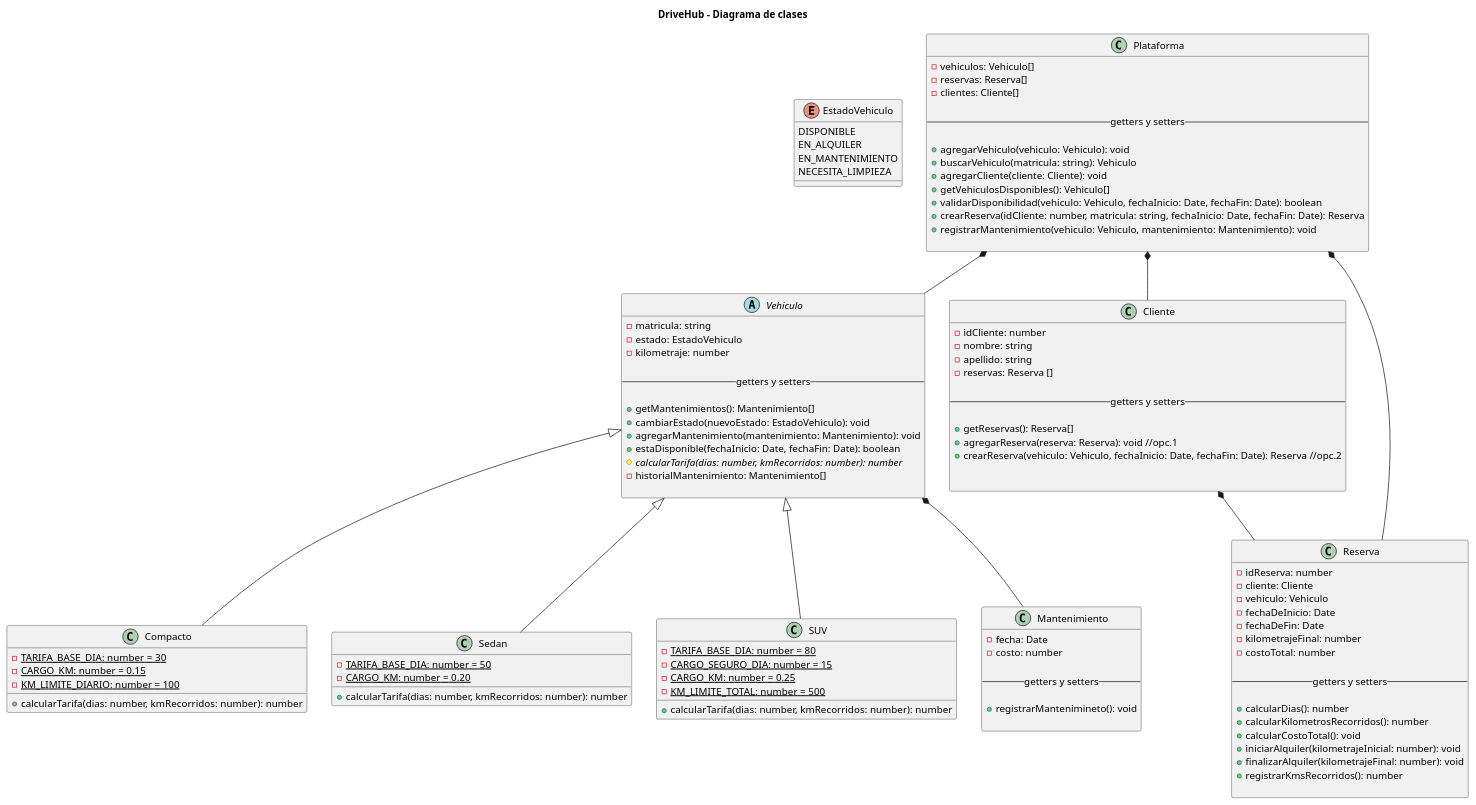
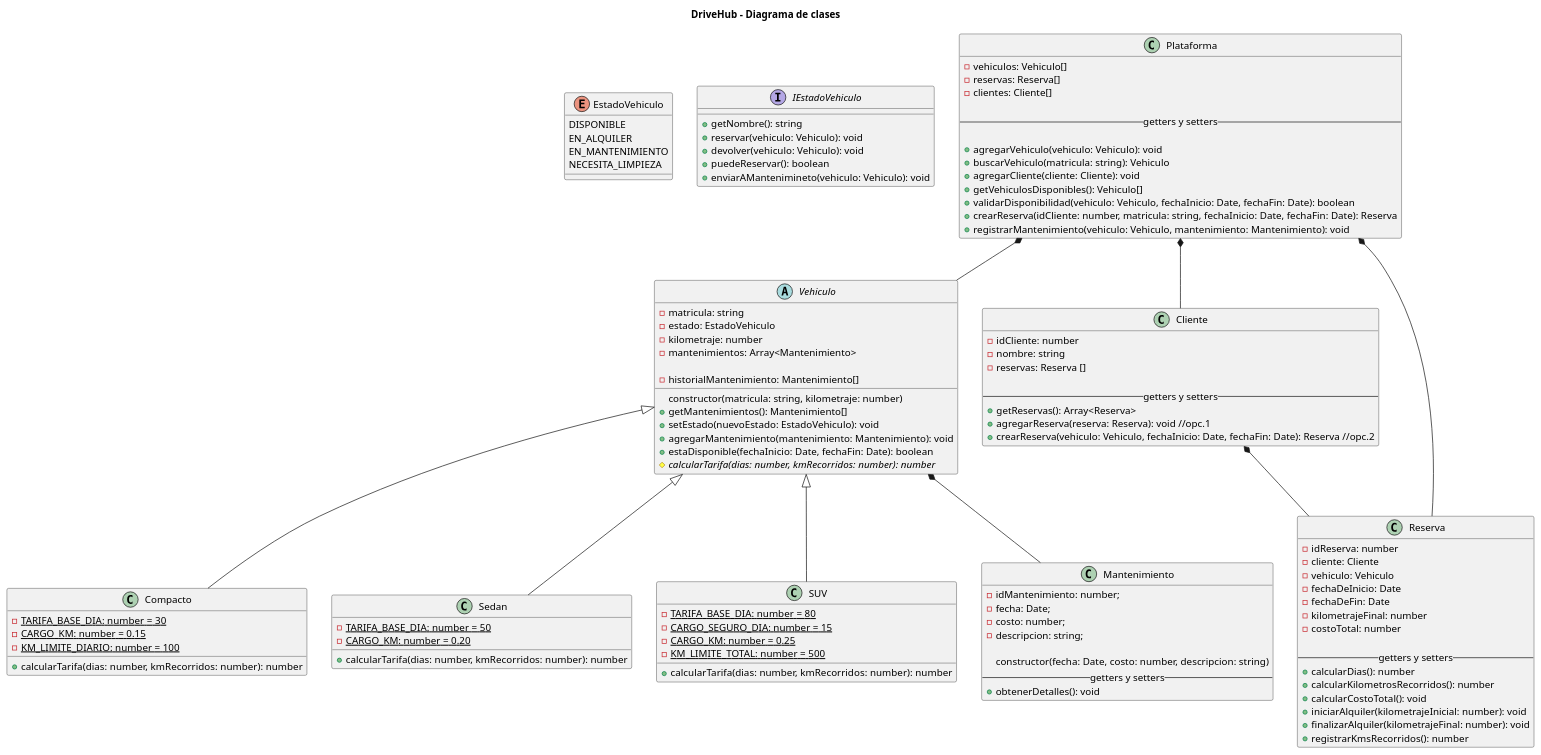
The diagram in diagramas/diagrama.puml (martingustavolopez/PROGRAMACION-II-CUVL), drawn with PlantUML before and after one commit. The commit also changed 4 other files, not shown here.

Commit message:
Cambios generales en codigo y en diagrama

```diff
--- a/diagramas/diagrama.puml
+++ b/diagramas/diagrama.puml
@@ -1,138 +1,138 @@
 @startuml
 
 title DriveHub - Diagrama de clases
 
 ' Enumeracion de estado vehiculo
 enum EstadoVehiculo {
     DISPONIBLE
     EN_ALQUILER
     EN_MANTENIMIENTO
     NECESITA_LIMPIEZA
 }
+' Cambiar el EstadoVehiculo por una interfaz IEstadoVehiculo
+' Y utilizar el PATRÓN DE DISEÑO - STATE
+' Planteo
+interface IEstadoVehiculo {
+    + getNombre(): string
+    + reservar(vehiculo: Vehiculo): void
+    + devolver(vehiculo: Vehiculo): void
+    + puedeReservar(): boolean
+    + enviarAMantenimineto(vehiculo: Vehiculo): void
+}
+' Crear las clases Concretas que implementen IEstadoVehiculo
+' EstadoDisponible : EstadoEnMantenimiento : EstadoEnAlquiler
 
 abstract class Vehiculo {
     - matricula: string
     - estado: EstadoVehiculo
     - kilometraje: number
+    - mantenimientos: Array<Mantenimiento>
     
-    -- getters y setters --
-
+    constructor(matricula: string, kilometraje: number)
     + getMantenimientos(): Mantenimiento[]
-    + cambiarEstado(nuevoEstado: EstadoVehiculo): void
+    + setEstado(nuevoEstado: EstadoVehiculo): void
     + agregarMantenimiento(mantenimiento: Mantenimiento): void
     + estaDisponible(fechaInicio: Date, fechaFin: Date): boolean
     # {abstract} calcularTarifa(dias: number, kmRecorridos: number): number
     - historialMantenimiento: Mantenimiento[]
-    
 }
 
 class Compacto {
     - {static} TARIFA_BASE_DIA: number = 30
     - {static} CARGO_KM: number = 0.15
     - {static} KM_LIMITE_DIARIO: number = 100 
 
     + calcularTarifa(dias: number, kmRecorridos: number): number        
 }
 
 class Sedan {
     - {static} TARIFA_BASE_DIA: number = 50
     - {static} CARGO_KM: number = 0.20
 
     + calcularTarifa(dias: number, kmRecorridos: number): number
 }
 
 
 class SUV {
     - {static} TARIFA_BASE_DIA: number = 80
     - {static} CARGO_SEGURO_DIA: number = 15
     - {static} CARGO_KM: number = 0.25
     - {static} KM_LIMITE_TOTAL: number = 500
 
     + calcularTarifa(dias: number, kmRecorridos: number): number
 }
 
 
 class Cliente {
     - idCliente: number
     - nombre: string
-    - apellido: string
     - reservas: Reserva []
 
     -- getters y setters --
-
-    + getReservas(): Reserva[]
+    + getReservas(): Array<Reserva>
     + agregarReserva(reserva: Reserva): void //opc.1
     + crearReserva(vehiculo: Vehiculo, fechaInicio: Date, fechaFin: Date): Reserva //opc.2
-
-
 }
 
 class Reserva {
     - idReserva: number
     - cliente: Cliente
     - vehiculo: Vehiculo
     - fechaDeInicio: Date
     - fechaDeFin: Date
     - kilometrajeFinal: number
     - costoTotal: number
 
     -- getters y setters --
-
     + calcularDias(): number
     + calcularKilometrosRecorridos(): number
     + calcularCostoTotal(): void
     + iniciarAlquiler(kilometrajeInicial: number): void
     + finalizarAlquiler(kilometrajeFinal: number): void
     + registrarKmsRecorridos(): number
-
 }
 
 class Mantenimiento {
-    - fecha: Date
-    - costo: number
+    - idMantenimiento: number;
+    - fecha: Date;
+    - costo: number;
+    - descripcion: string;
     
+    constructor(fecha: Date, costo: number, descripcion: string)
     -- getters y setters --
-
-    + registrarMantenimineto(): void
-
+    + obtenerDetalles(): void
 }
 
 class Plataforma {
     - vehiculos: Vehiculo[]
     - reservas: Reserva[]
     - clientes: Cliente[]
 
     -- getters y setters --
 
     + agregarVehiculo(vehiculo: Vehiculo): void
     + buscarVehiculo(matricula: string): Vehiculo
     + agregarCliente(cliente: Cliente): void
     + getVehiculosDisponibles(): Vehiculo[]
     + validarDisponibilidad(vehiculo: Vehiculo, fechaInicio: Date, fechaFin: Date): boolean
     + crearReserva(idCliente: number, matricula: string, fechaInicio: Date, fechaFin: Date): Reserva
     + registrarMantenimiento(vehiculo: Vehiculo, mantenimiento: Mantenimiento): void
-
 }
-
-
 
 ' Relaciones de herencia
 Vehiculo <|-- Compacto
 Vehiculo <|-- Sedan
 Vehiculo <|-- SUV
 
 ' Relaciones de composición
 Vehiculo *-- Mantenimiento
 Cliente *-- Reserva
 Plataforma *-- Vehiculo
 Plataforma *-- Cliente
 Plataforma *-- Reserva
 
-
-
-
 ' Notas
 
 
 
 @enduml
```
